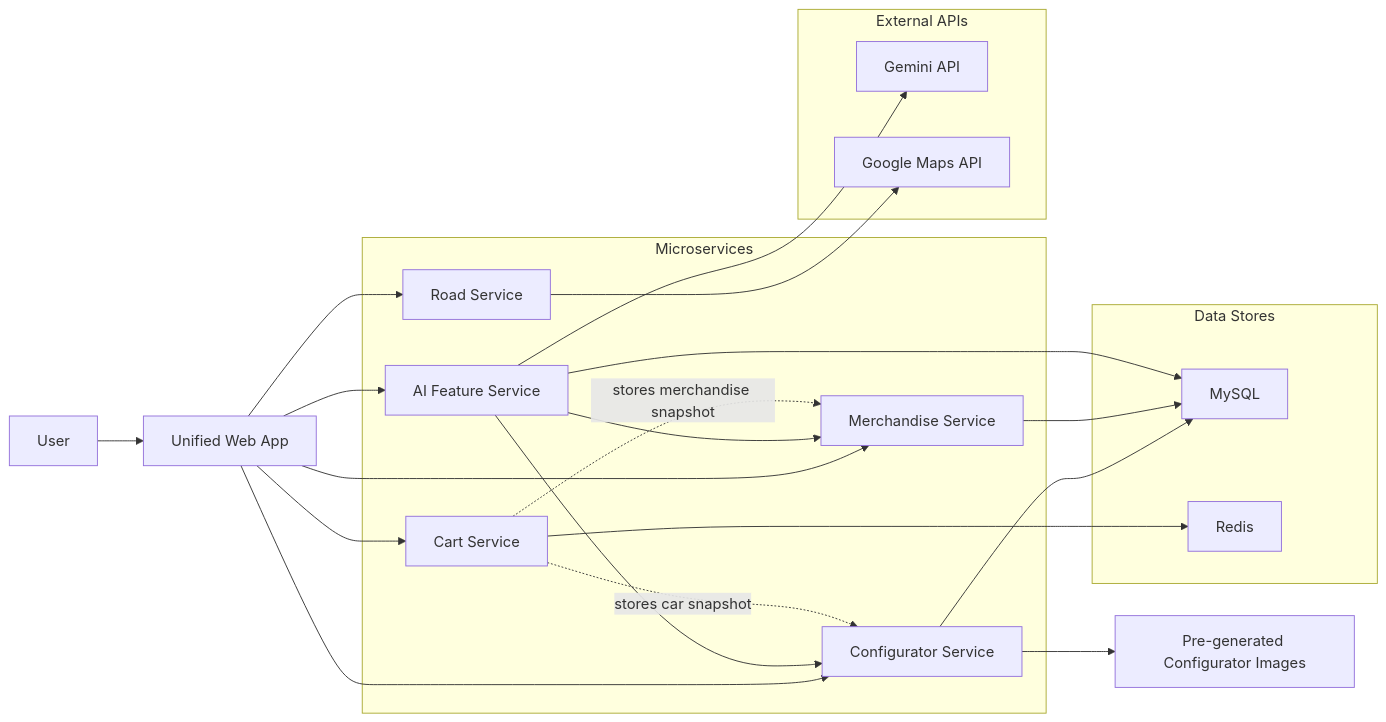
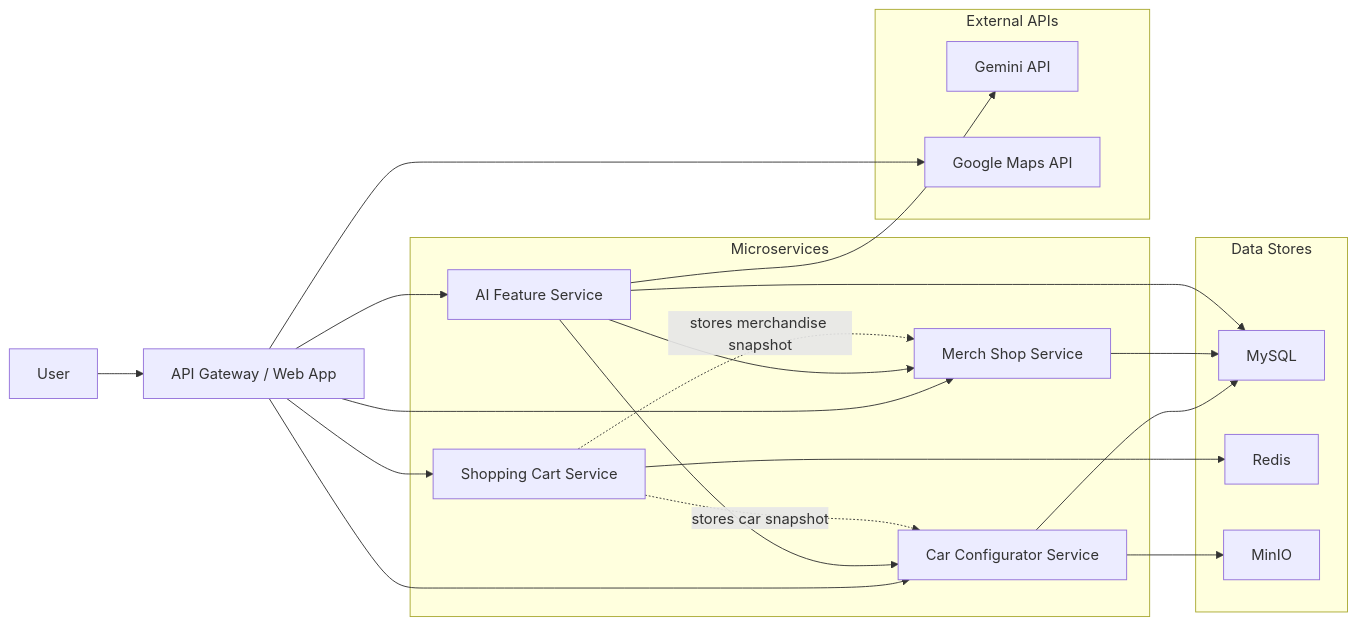
Before and after one commit to CloudBasedWebApplication/bmw: the diagram in docs/architecture.md, drawn with Mermaid. The commit also changed other lines of this file and 3 other files, not shown here.

Commit message:
docs: align architecture docs with current structure

````diff
--- a/docs/architecture.md
+++ b/docs/architecture.md
@@ -11,50 +11,46 @@
 ```mermaid
 flowchart LR
     user["User"]
-    web["Unified Web App"]
+    gateway["API Gateway / Web App"]
 
     subgraph backend["Microservices"]
-        configurator["Configurator Service"]
-        merchandise["Merchandise Service"]
-        road["Road Service"]
+        configurator["Car Configurator Service"]
+        merchandise["Merch Shop Service"]
         ai["AI Feature Service"]
-        cart["Cart Service"]
+        cart["Shopping Cart Service"]
     end
 
     subgraph data["Data Stores"]
         mysql["MySQL"]
         redis["Redis"]
+        minio["MinIO"]
     end
 
     subgraph external["External APIs"]
         gemini["Gemini API"]
         googlemaps["Google Maps API"]
     end
 
-    assets["Pre-generated Configurator Images"]
+    user --> gateway
 
-    user --> web
-
-    web --> configurator
-    web --> merchandise
-    web --> road
-    web --> ai
-    web --> cart
+    gateway --> configurator
+    gateway --> merchandise
+    gateway --> ai
+    gateway --> cart
+    gateway --> googlemaps
 
     configurator --> mysql
-    configurator --> assets
+    configurator --> minio
 
     merchandise --> mysql
-
-    road --> googlemaps
 
     ai --> gemini
     ai --> configurator
     ai --> mysql
     ai --> merchandise
 
     cart --> redis
 
     cart -. "stores car snapshot" .-> configurator
     cart -. "stores merchandise snapshot" .-> merchandise
 ```
````
